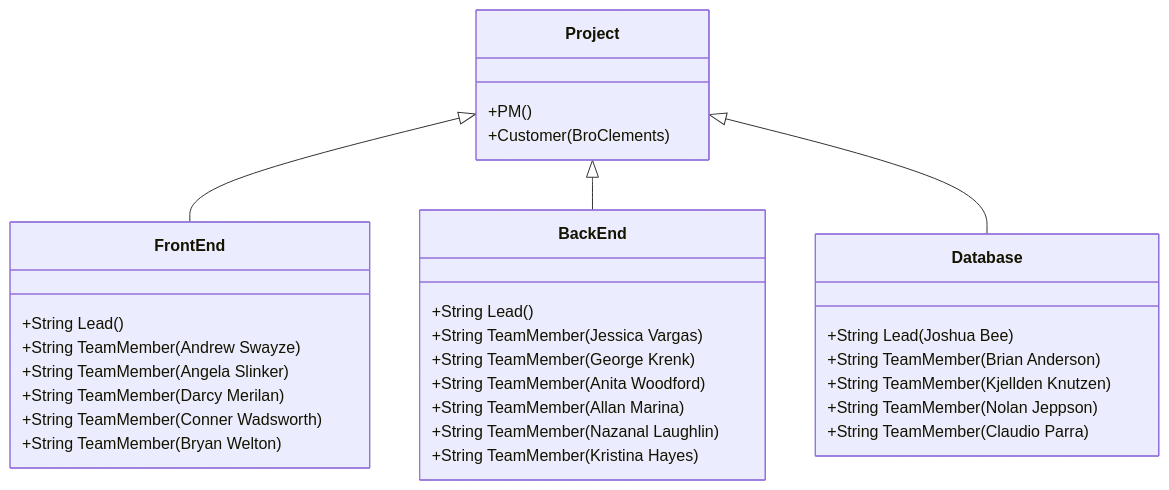
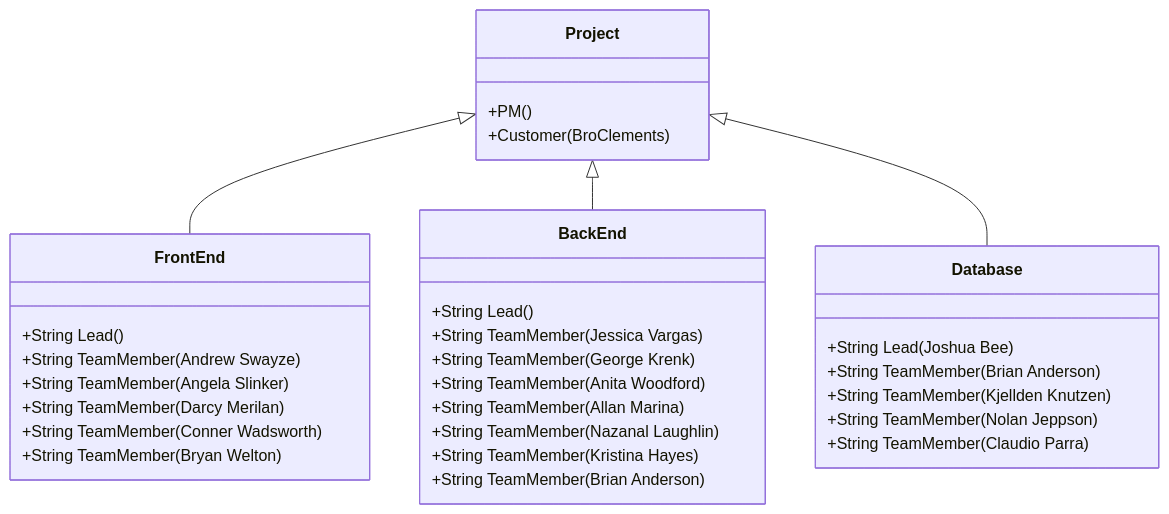
One commit to byui-cse397/2024WinCSE490PCP changed the second of 2 diagrams in ProjectManagement/OrganizationChart/OrganizationChart.md. Above: the diagram before and after it, drawn with Mermaid.

````diff
--- a/ProjectManagement/OrganizationChart/OrganizationChart.md
+++ b/ProjectManagement/OrganizationChart/OrganizationChart.md
@@ -34,33 +34,34 @@
 ```mermaid
 classDiagram
       Project <|-- FrontEnd
       Project <|-- BackEnd
       Project <|-- Database
       Project : +PM()
       Project : +Customer(BroClements)
       class FrontEnd{
           +String Lead()
           +String TeamMember(Andrew Swayze)
           +String TeamMember(Angela Slinker)
           +String TeamMember(Darcy Merilan)
           +String TeamMember(Conner Wadsworth)
           +String TeamMember(Bryan Welton)
       }
       class BackEnd{
           +String Lead()
           +String TeamMember(Jessica Vargas)
           +String TeamMember(George Krenk)
           +String TeamMember(Anita Woodford)
           +String TeamMember(Allan Marina)
           +String TeamMember(Nazanal Laughlin)
-          +String TeamMember(Kristina Hayes)  
+          +String TeamMember(Kristina Hayes)
+          +String TeamMember(Brian Anderson)
             
       }
       class Database{
           +String Lead(Joshua Bee)
           +String TeamMember(Brian Anderson)
           +String TeamMember(Kjellden Knutzen)
           +String TeamMember(Nolan Jeppson)
           +String TeamMember(Claudio Parra)
       }
 ```
````
